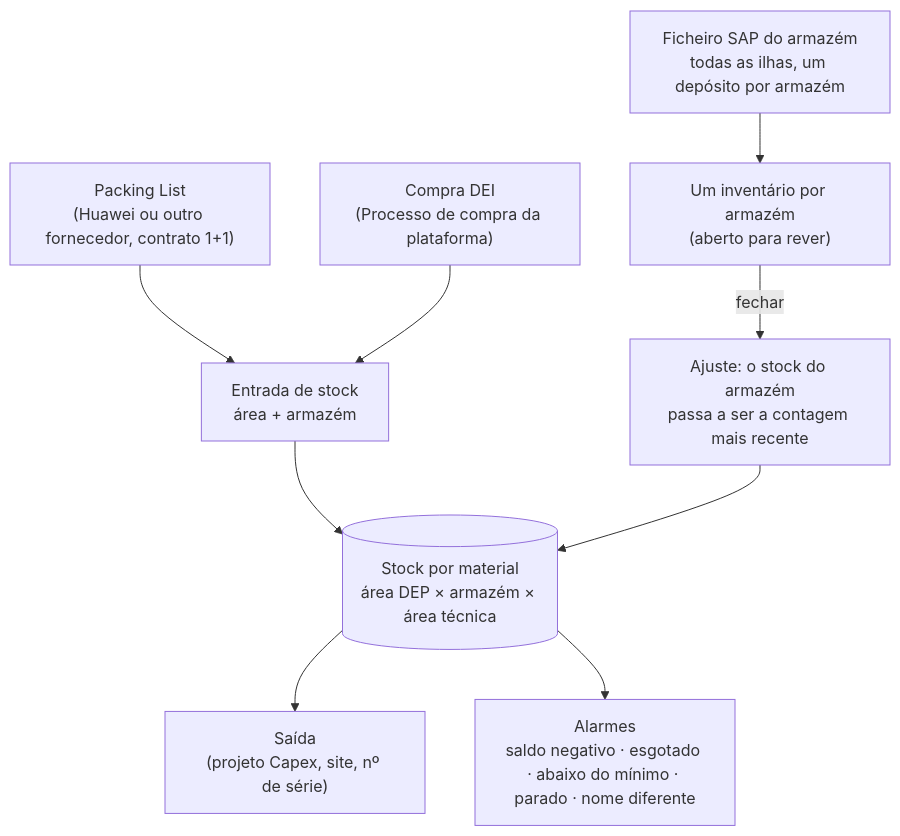
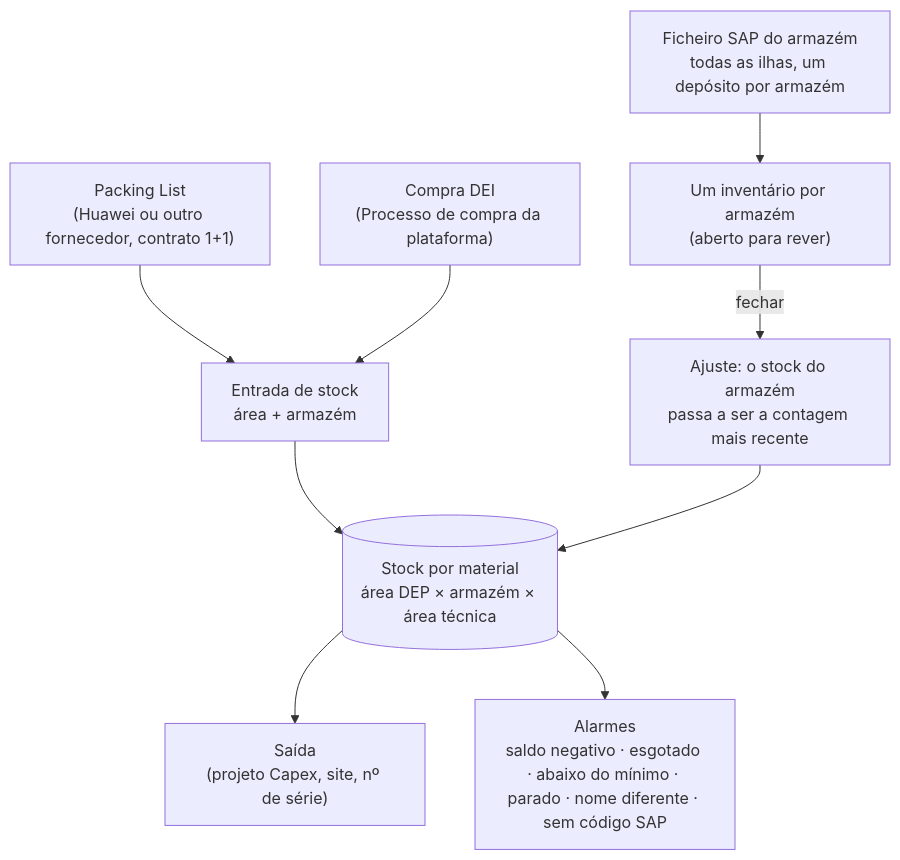
Before and after one commit to paiol/aziz: the fourth of 5 diagrams in docs/PLATAFORMA_DEI.md, drawn with Mermaid. The commit also changed other lines of this file and 13 other files, not shown here.

First line of the commit message:
Stock: código SAP como ID e códigos de fornecedor controlados pela DEI

````diff
--- a/docs/PLATAFORMA_DEI.md
+++ b/docs/PLATAFORMA_DEI.md
@@ -159,11 +159,11 @@
 ```mermaid
 flowchart TD
     PL["Packing List<br/>(Huawei ou outro fornecedor, contrato 1+1)"] --> E["Entrada de stock<br/>área + armazém"]
     CP["Compra DEI<br/>(Processo de compra da plataforma)"] --> E
     SAP["Ficheiro SAP do armazém<br/>todas as ilhas, um depósito por armazém"] --> INV["Um inventário por armazém<br/>(aberto para rever)"]
     INV -- "fechar" --> AJ["Ajuste: o stock do armazém<br/>passa a ser a contagem mais recente"]
     E --> S[("Stock por material<br/>área DEP × armazém × área técnica")]
     AJ --> S
     S --> SA["Saída<br/>(projeto Capex, site, nº de série)"]
-    S --> AL["Alarmes<br/>saldo negativo · esgotado · abaixo do mínimo · parado · nome diferente"]
+    S --> AL["Alarmes<br/>saldo negativo · esgotado · abaixo do mínimo · parado · nome diferente · sem código SAP"]
 ```
````
